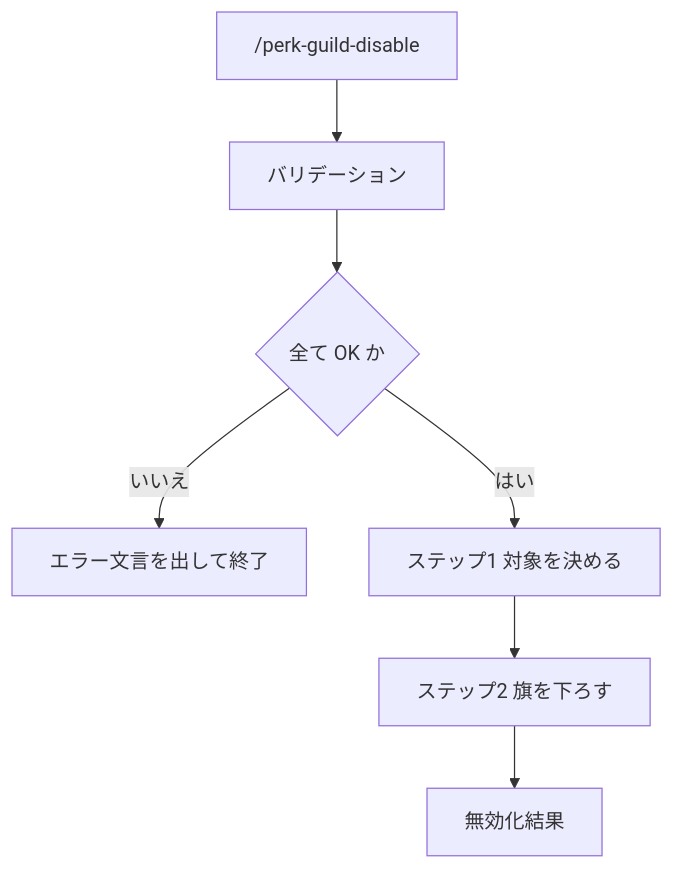
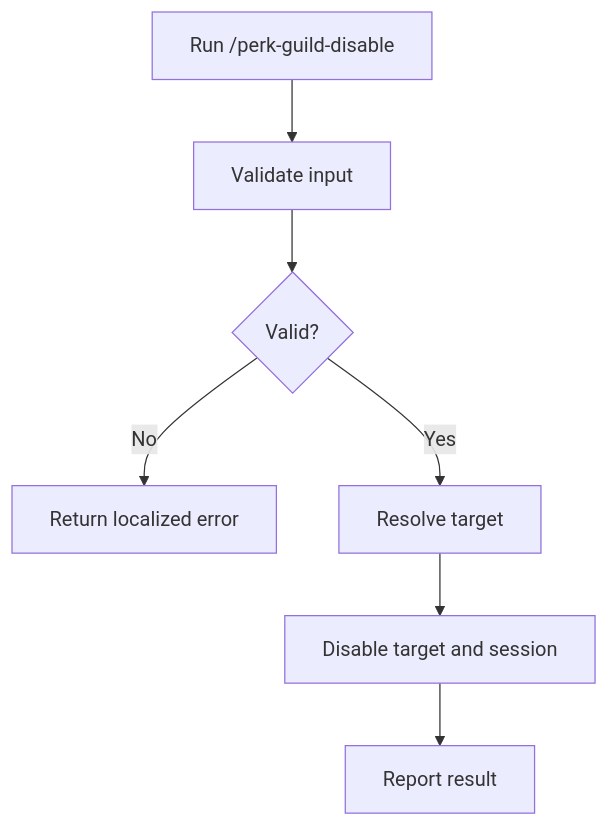
The diagram in packages/workspace-agent-perk-guild/.apm/prompts/perk-guild-disable.prompt.md (elu697/agent-skills), drawn with Mermaid before and after one commit. The commit also changed other lines of this file and 9 other files, not shown here.

Commit message:
Make perk-guild portable across user locales.

````diff
--- a/packages/workspace-agent-perk-guild/.apm/prompts/perk-guild-disable.prompt.md
+++ b/packages/workspace-agent-perk-guild/.apm/prompts/perk-guild-disable.prompt.md
@@ -61,9 +67,9 @@
 ```mermaid
 flowchart TD
-    Start["/perk-guild-disable"] --> StepV["バリデーション"]
-    StepV --> Decision{"全て OK か"}
-    Decision -->|いいえ| Abort["エラー文言を出して終了"]
-    Decision -->|はい| Step1["ステップ1 対象を決める"]
-    Step1 --> Step2["ステップ2 旗を下ろす"]
-    Step2 --> Done["無効化結果"]
+    Start["Run /perk-guild-disable"] --> Validate["Validate input"]
+    Validate --> Valid{"Valid?"}
+    Valid -->|No| Abort["Return localized error"]
+    Valid -->|Yes| Target["Resolve target"]
+    Target --> Disable["Disable target and session"]
+    Disable --> Done["Report result"]
 ```
````
